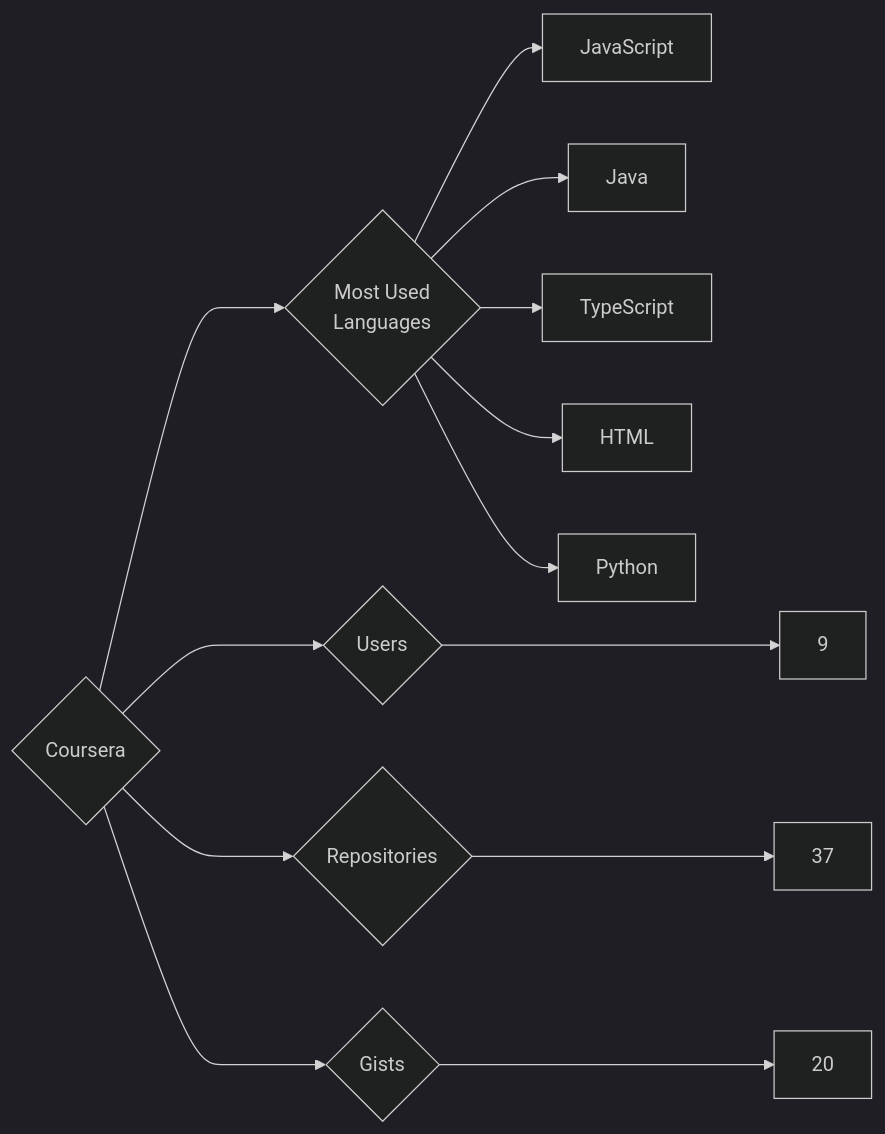
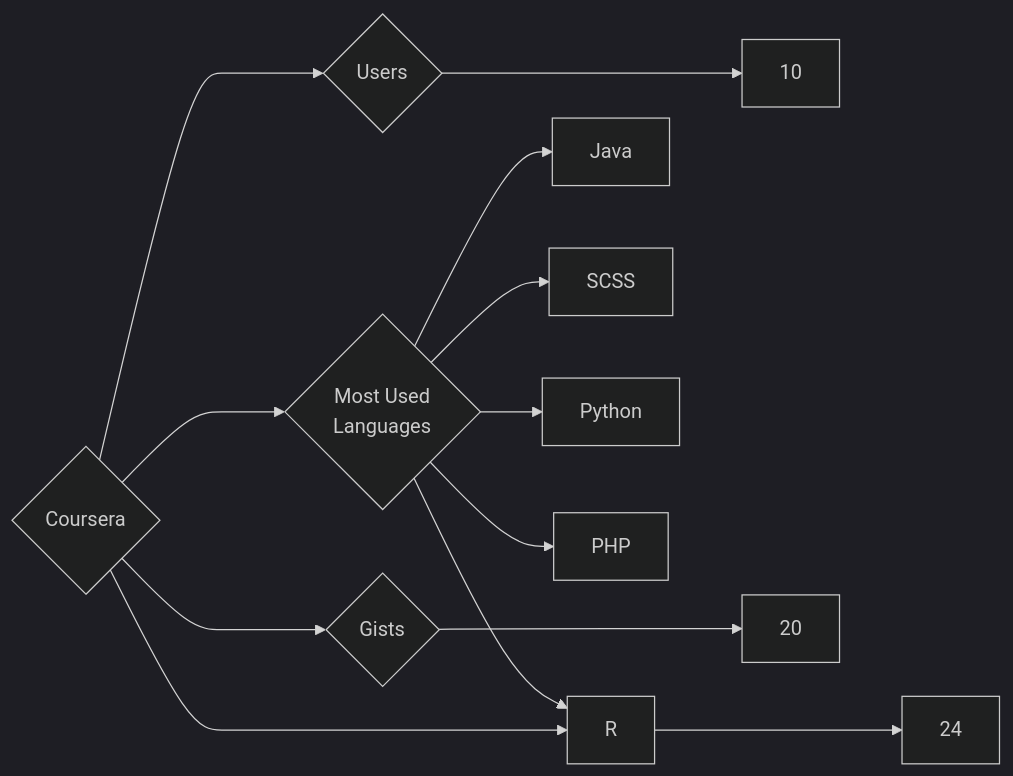
Before and after one commit to trickest/insiders: the diagram in targets/Coursera/README.md, drawn with Mermaid (dark theme). The commit also changed 1175 other files, not shown here.

````diff
--- a/targets/Coursera/README.md
+++ b/targets/Coursera/README.md
@@ -3,13 +3,13 @@
 ```mermaid
 graph LR
 COMPANY_NAME{Coursera}
-COMPANY_NAME ---> U{Users} ---> UN[9]
-COMPANY_NAME ---> R{Repositories} ---> RN[37]
+COMPANY_NAME ---> U{Users} ---> UN[10]
+COMPANY_NAME ---> R{Repositories} ---> RN[24]
 COMPANY_NAME ---> G{Gists} ---> GN[20]
 COMPANY_NAME ---> ML{Most Used<br>Languages}
-ML --> JavaScript[JavaScript]
 ML --> Java[Java]
-ML --> TypeScript[TypeScript]
-ML --> HTML[HTML]
+ML --> R[R]
+ML --> SCSS[SCSS]
 ML --> Python[Python]
+ML --> PHP[PHP]
 ```
````
